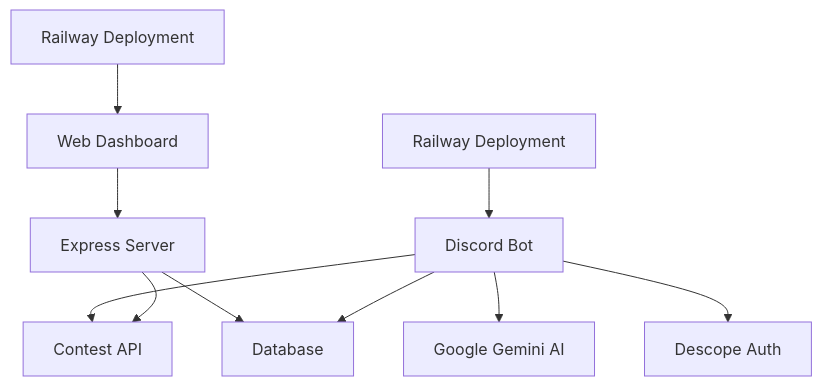
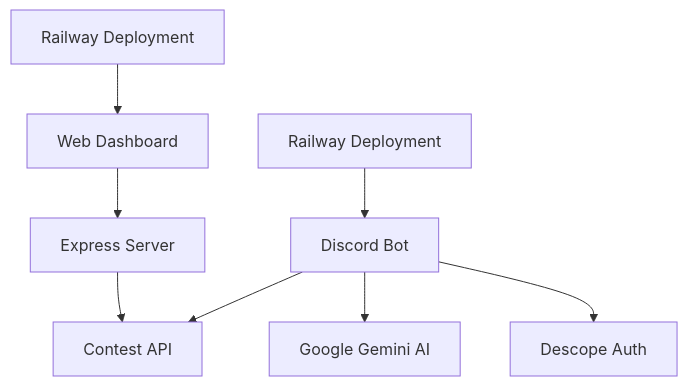
One commit to anurag12sharma/codeMentor-ai changed the diagram in README.md. Above: the diagram before and after it, drawn with Mermaid.

Commit message:
Update architecture diagram in README
Removed references to Database in the architecture diagram.

````diff
--- a/README.md
+++ b/README.md
@@ -173,12 +173,10 @@
 ```mermaid
 graph TB
     A[Discord Bot] --> B[Contest API]
     A --> C[Google Gemini AI]
     A --> D[Descope Auth]
     E[Web Dashboard] --> F[Express Server]
     F --> B
-    F --> G[Database]
-    A --> G
     H[Railway Deployment] --> A
     I[Railway Deployment] --> E
 ```
````
